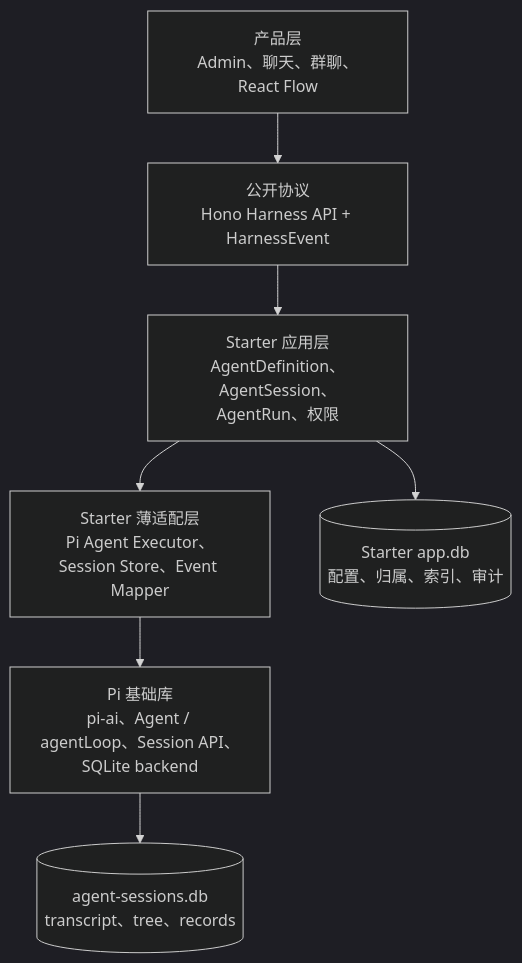
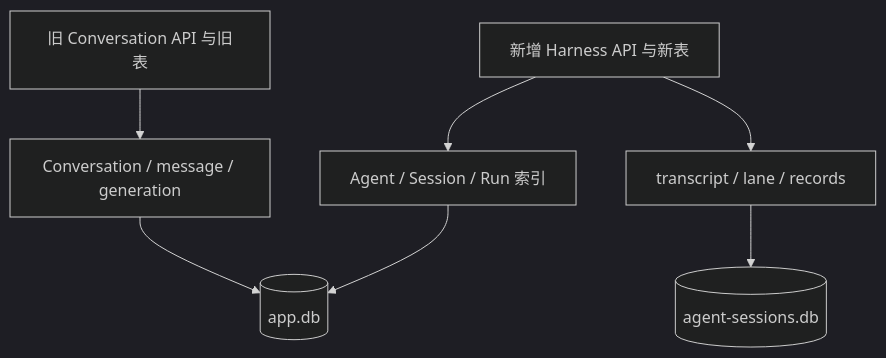
The second of 3 diagrams in .trellis/tasks/08-17-pi-agent-harness-foundation/design.md (xidongdong-153/starter), drawn with Mermaid before and after one commit. The commit also changed other lines of this file and 54 other files, not shown here.

Commit message:
docs: split pi agent harness tasks

````diff
--- a/.trellis/tasks/08-17-pi-agent-harness-foundation/design.md
+++ b/.trellis/tasks/08-17-pi-agent-harness-foundation/design.md
@@ -40,18 +48,15 @@
 ```mermaid
 %%{init: {"theme": "dark"}}%%
 flowchart TD
-  Product["产品层<br/>Admin、聊天、群聊、React Flow"]
-  API["公开协议<br/>Hono Harness API + HarnessEvent"]
-  Service["Starter 应用层<br/>AgentDefinition、AgentSession、AgentRun、权限"]
-  Adapter["Starter 薄适配层<br/>Pi Agent Executor、Session Store、Event Mapper"]
-  Pi["Pi 基础库<br/>pi-ai、Agent / agentLoop、Session API、SQLite backend"]
-  MainDB[("Starter app.db<br/>配置、归属、索引、审计")]
-  SessionDB[("agent-sessions.db<br/>transcript、tree、records")]
+  Legacy["旧 Conversation API 与旧表"]
+  Harness["新增 Harness API 与新表"]
+  MainDB[("app.db")]
+  PiDB[("agent-sessions.db")]
 
-  Product --> API
-  API --> Service
-  Service --> Adapter
-  Adapter --> Pi
-  Service --> MainDB
-  Pi --> SessionDB
+  Legacy --> OldData["Conversation / message / generation"]
+  OldData --> MainDB
+  Harness --> NewIndex["Agent / Session / Run 索引"]
+  NewIndex --> MainDB
+  Harness --> Transcript["transcript / lane / records"]
+  Transcript --> PiDB
 ```
````
